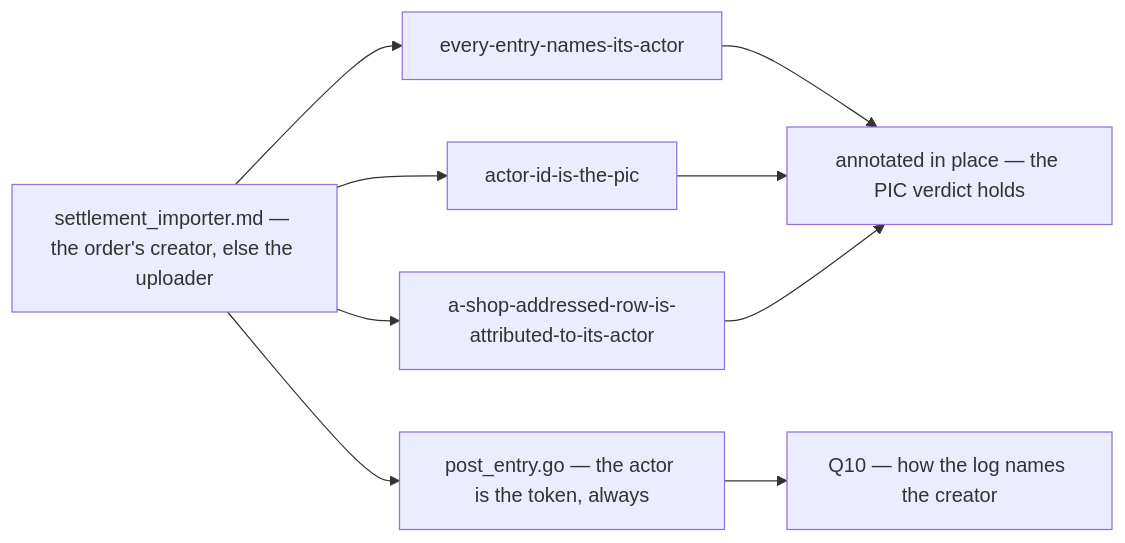
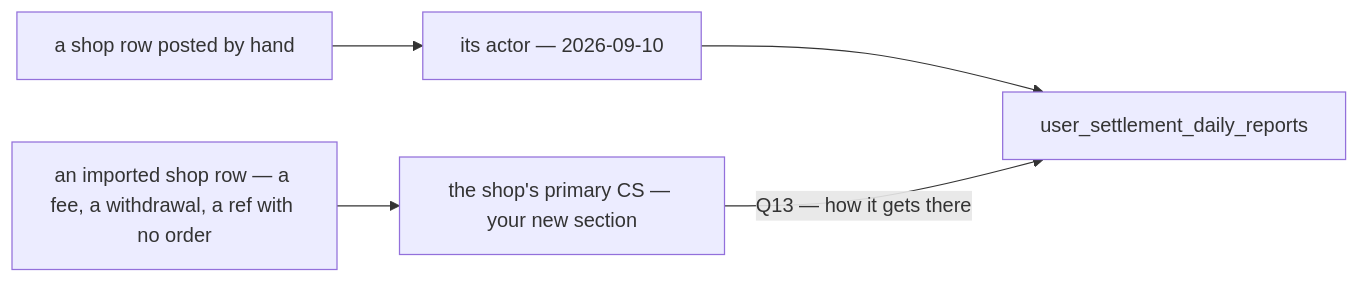
One commit to pdcgo/warehouse_revamp changed the eighth of 10 diagrams in docs/business/settlement/settlement_importer_clarify.md. Above: the diagram before and after it, drawn with Mermaid. The commit also changed other lines of this file and 7 other files, not shown here.

First line of the commit message:
settlement: record user-id-is-the-orders-creator-else-the-shops-primary-cs

````diff
--- a/docs/business/settlement/settlement_importer_clarify.md
+++ b/docs/business/settlement/settlement_importer_clarify.md
@@ -418,11 +425,7 @@
 ```mermaid
 flowchart LR
-  N["settlement_importer.md — the order's creator, else the uploader"] --> A["every-entry-names-its-actor"]
-  N --> B["actor-id-is-the-pic"]
-  N --> C["a-shop-addressed-row-is-attributed-to-its-actor"]
-  N --> D["post_entry.go — the actor is the token, always"]
-  A --> OK["annotated in place — the PIC verdict holds"]
-  B --> OK
-  C --> OK
-  D --> Q["Q10 — how the log names the creator"]
+  H["a shop row posted by hand"] --> A["its actor — 2026-09-10"]
+  I["an imported shop row — a fee, a withdrawal, a ref with no order"] --> P["the shop's primary CS — your new section"]
+  A --> R["user_settlement_daily_reports"]
+  P -->|"Q13 — how it gets there"| R
 ```
````
